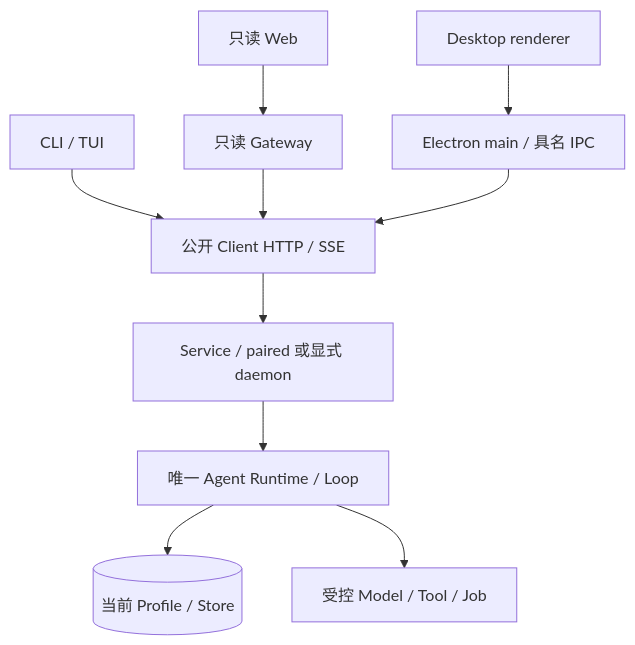
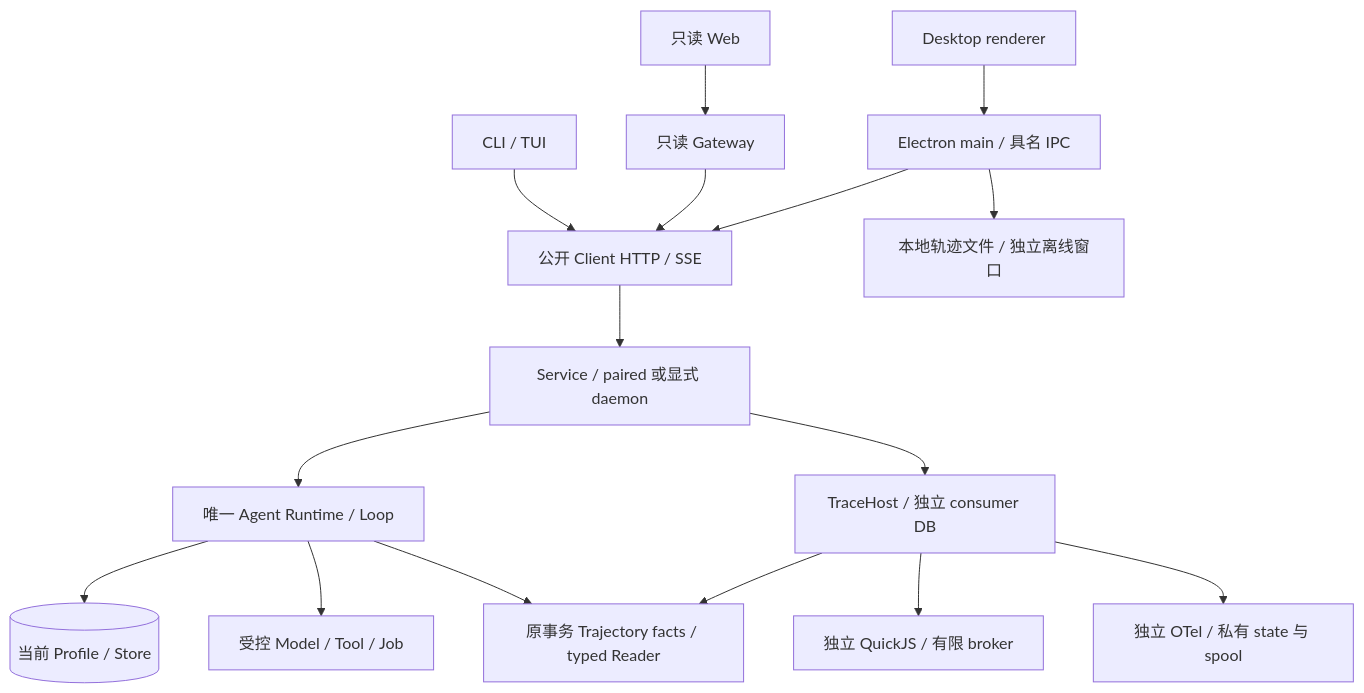
One commit to ferqx/kite-code changed the diagram in docs/development/architecture/topology.md. Above: the diagram before and after it, drawn with Mermaid. The commit also changed other lines of this file and 349 other files, not shown here.

````diff
--- a/docs/development/architecture/topology.md
+++ b/docs/development/architecture/topology.md
@@ -5,12 +5,18 @@
 ```mermaid
 flowchart TD
   T[CLI / TUI] --> C[公开 Client HTTP / SSE]
   W[只读 Web] --> G[只读 Gateway]
   G --> C
   R[Desktop renderer] --> M[Electron main / 具名 IPC]
   M --> C
   C --> S[Service / paired 或显式 daemon]
   S --> A[唯一 Agent Runtime / Loop]
   A --> DB[(当前 Profile / Store)]
   A --> IO[受控 Model / Tool / Job]
+  A --> F[原事务 Trajectory facts / typed Reader]
+  S --> H[TraceHost / 独立 consumer DB]
+  H --> F
+  H --> Q[独立 QuickJS / 有限 broker]
+  H --> O[独立 OTel / 私有 state 与 spool]
+  M --> B[本地轨迹文件 / 独立离线窗口]
 ```
````
